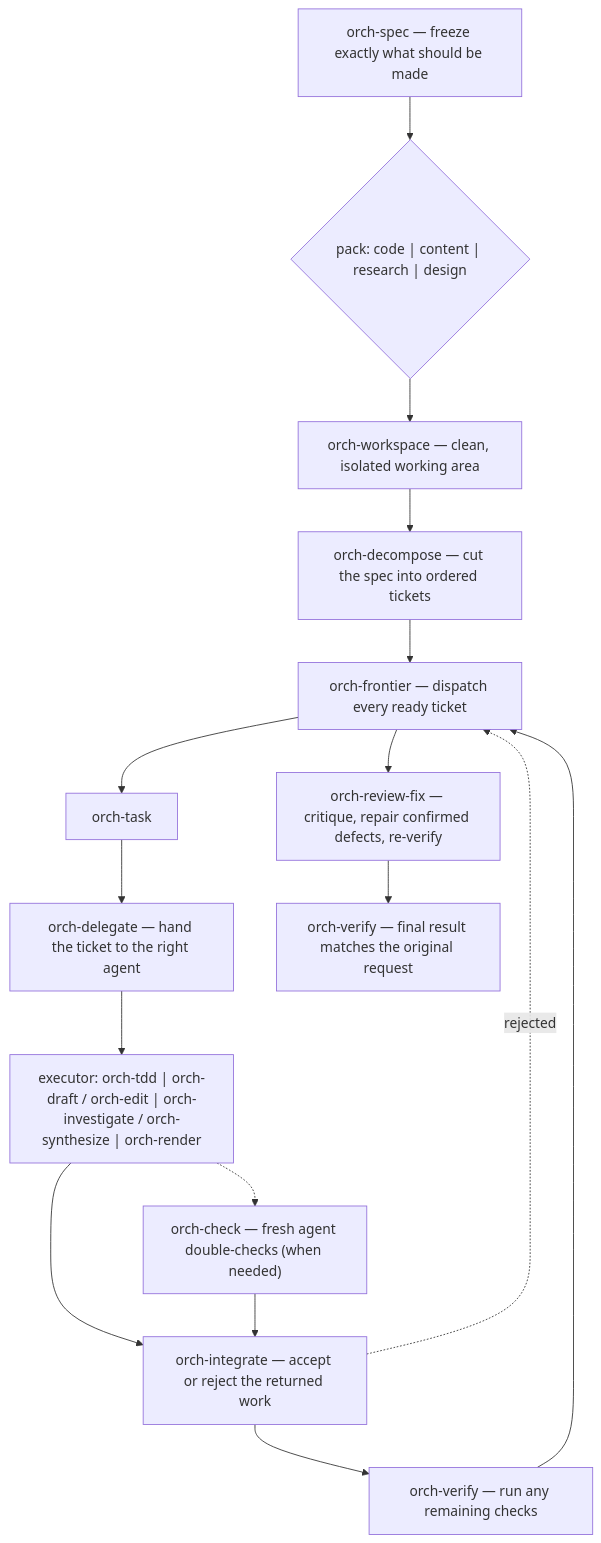
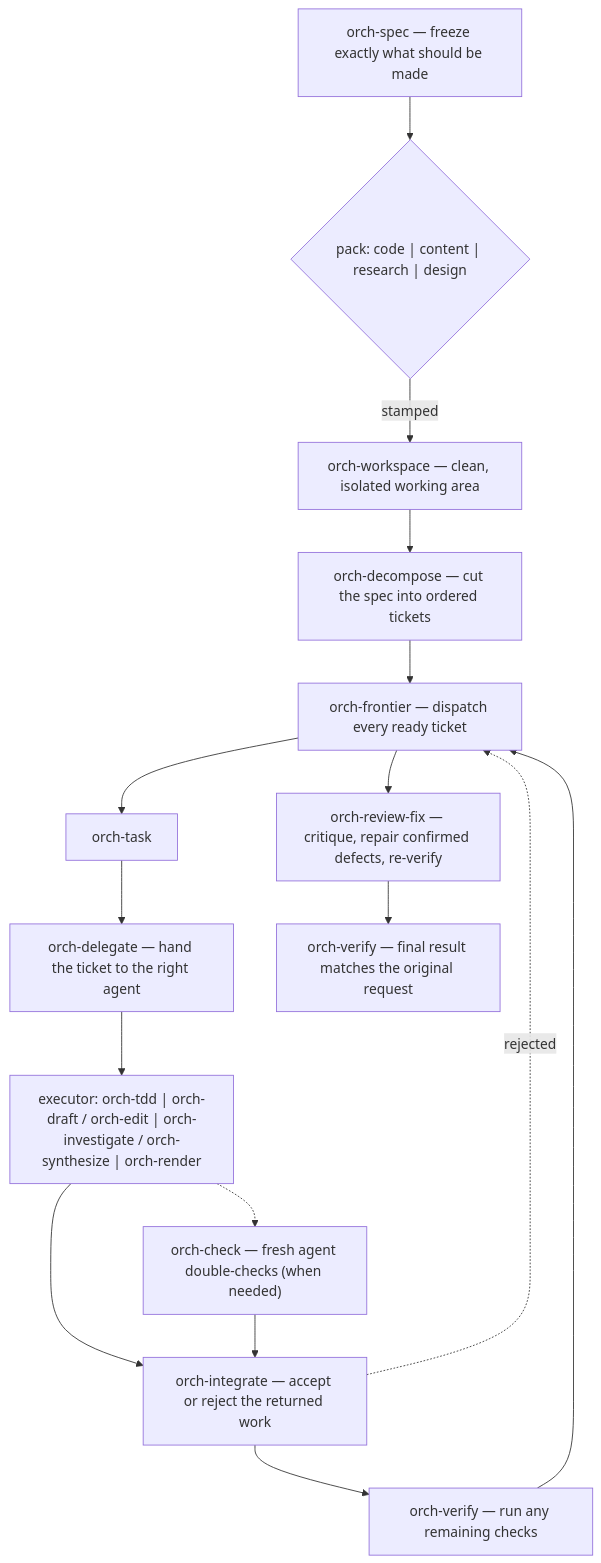
The diagram in README.md (DanMcInerney/orchflows), drawn with Mermaid before and after one commit. The commit also changed other lines of this file and 6 other files, not shown here.

````diff
--- a/README.md
+++ b/README.md
@@ -127,18 +129,18 @@
 ```mermaid
 flowchart TD
     spec["orch-spec — freeze exactly what should be made"] --> pack{"pack: code | content | research | design"}
-    pack --> ws["orch-workspace — clean, isolated working area"]
+    pack -->|stamped| ws["orch-workspace — clean, isolated working area"]
     ws --> dec["orch-decompose — cut the spec into ordered tickets"]
     dec --> frontier["orch-frontier — dispatch every ready ticket"]
     frontier --> task["orch-task"]
     task --> del["orch-delegate — hand the ticket to the right agent"]
     del --> exec["executor: orch-tdd | orch-draft / orch-edit | orch-investigate / orch-synthesize | orch-render"]
     exec -.-> chk["orch-check — fresh agent double-checks (when needed)"]
     exec --> integ["orch-integrate — accept or reject the returned work"]
     chk --> integ
     integ -.->|rejected| frontier
     integ --> ver1["orch-verify — run any remaining checks"]
     ver1 --> frontier
     frontier --> gate["orch-review-fix — critique, repair confirmed defects, re-verify"]
     gate --> final["orch-verify — final result matches the original request"]
 ```
````
